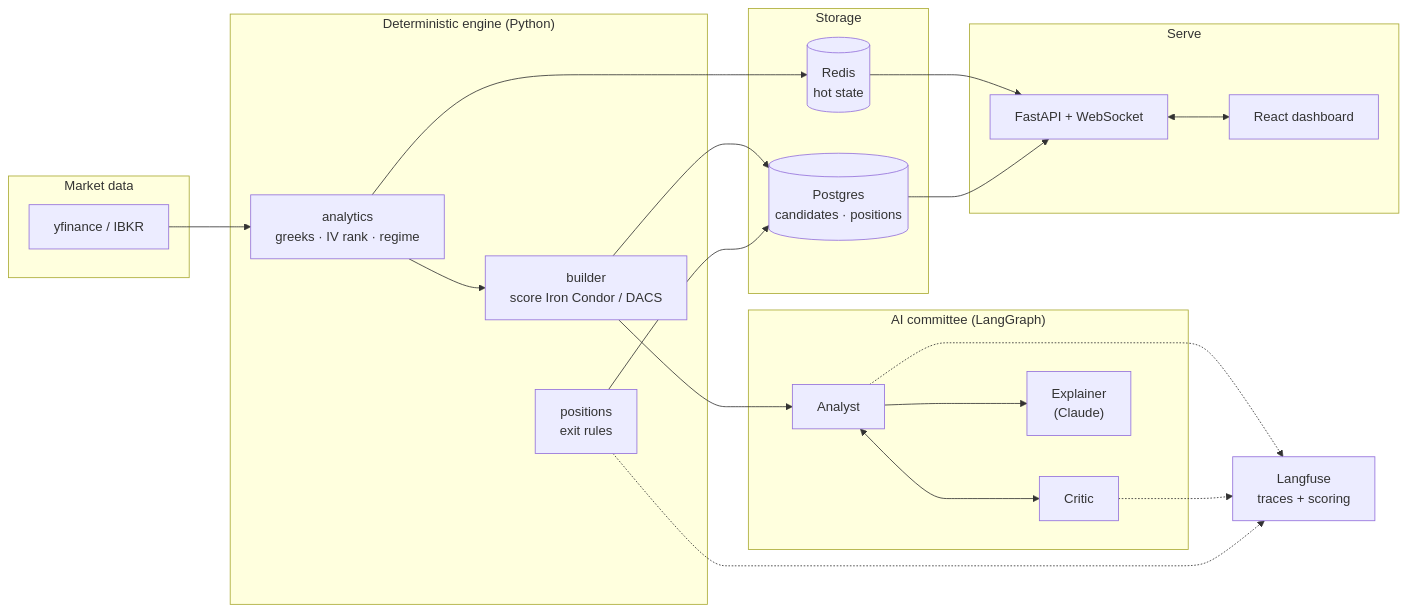
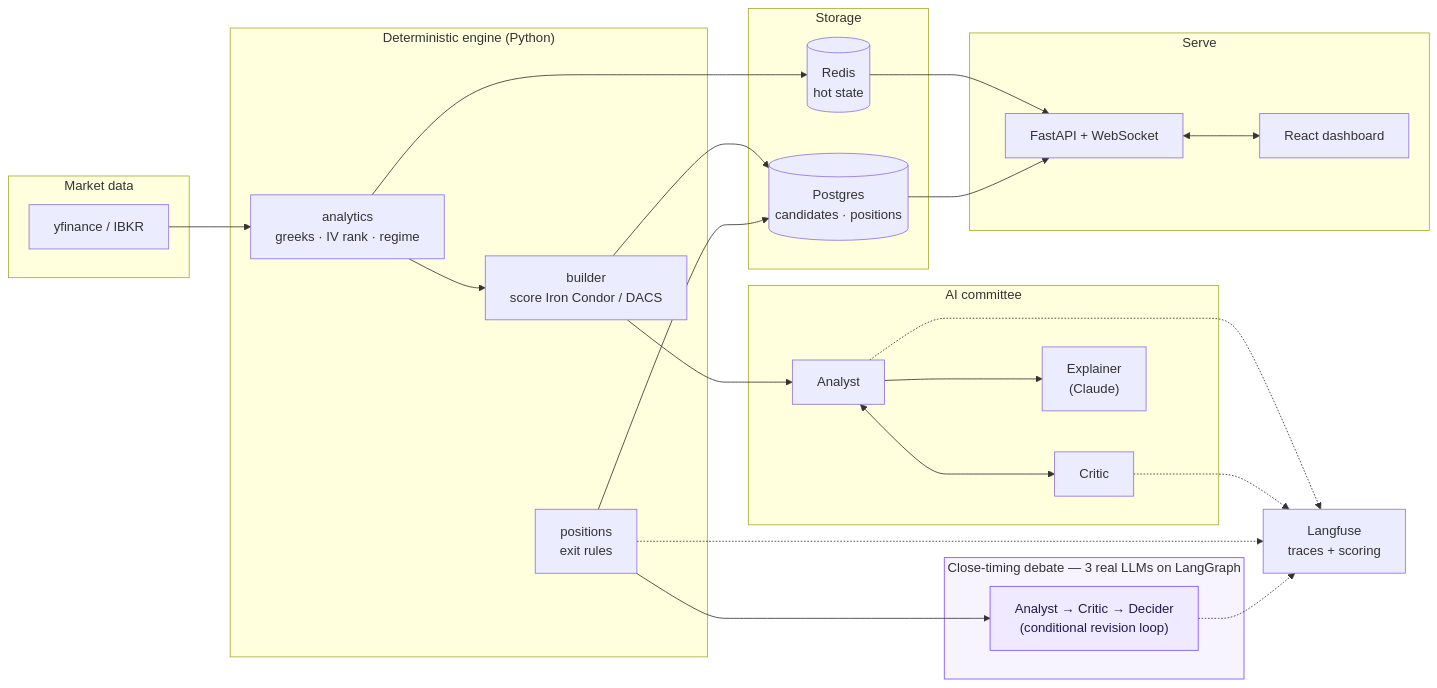
The first of 3 diagrams in README.md (adielsh/Paz-Rav), drawn with Mermaid before and after one commit. The commit also changed other lines of this file and 11 other files, not shown here.

````diff
--- a/README.md
+++ b/README.md
@@ -21,38 +23,47 @@
 ```mermaid
 flowchart LR
     subgraph Data["Market data"]
         FEED["yfinance / IBKR"]
     end
     subgraph Engine["Deterministic engine (Python)"]
         ANALYTICS["analytics<br/>greeks · IV rank · regime"]
         BUILDER["builder<br/>score Iron Condor / DACS"]
         POSITIONS["positions<br/>exit rules"]
     end
-    subgraph AI["AI committee (LangGraph)"]
+    subgraph AI["AI committee"]
         ANALYST["Analyst"]
         CRITIC["Critic"]
         EXPLAINER["Explainer<br/>(Claude)"]
+    end
+    subgraph CLOSE["Close-timing debate — 3 real LLMs on LangGraph"]
+        CA["Analyst → Critic → Decider<br/>(conditional revision loop)"]
     end
     subgraph Store["Storage"]
         REDIS[("Redis<br/>hot state")]
         PG[("Postgres<br/>candidates · positions")]
     end
     LF["Langfuse<br/>traces + scoring"]
     subgraph Serve["Serve"]
         API["FastAPI + WebSocket"]
         WEB["React dashboard"]
     end
 
     FEED --> ANALYTICS --> BUILDER --> ANALYST
     ANALYST <--> CRITIC
     ANALYST --> EXPLAINER
     ANALYTICS --> REDIS
     BUILDER --> PG
     POSITIONS --> PG
+    POSITIONS --> CA
     ANALYST -.-> LF
     CRITIC -.-> LF
     POSITIONS -.-> LF
+    CA -.-> LF
     REDIS --> API
     PG --> API
     API <--> WEB
+
+    classDef llm fill:#efeaff,stroke:#7c4dff,color:#231a4d;
+    class CA llm;
+    style CLOSE fill:#f7f4ff,stroke:#7c4dff;
 ```
````
